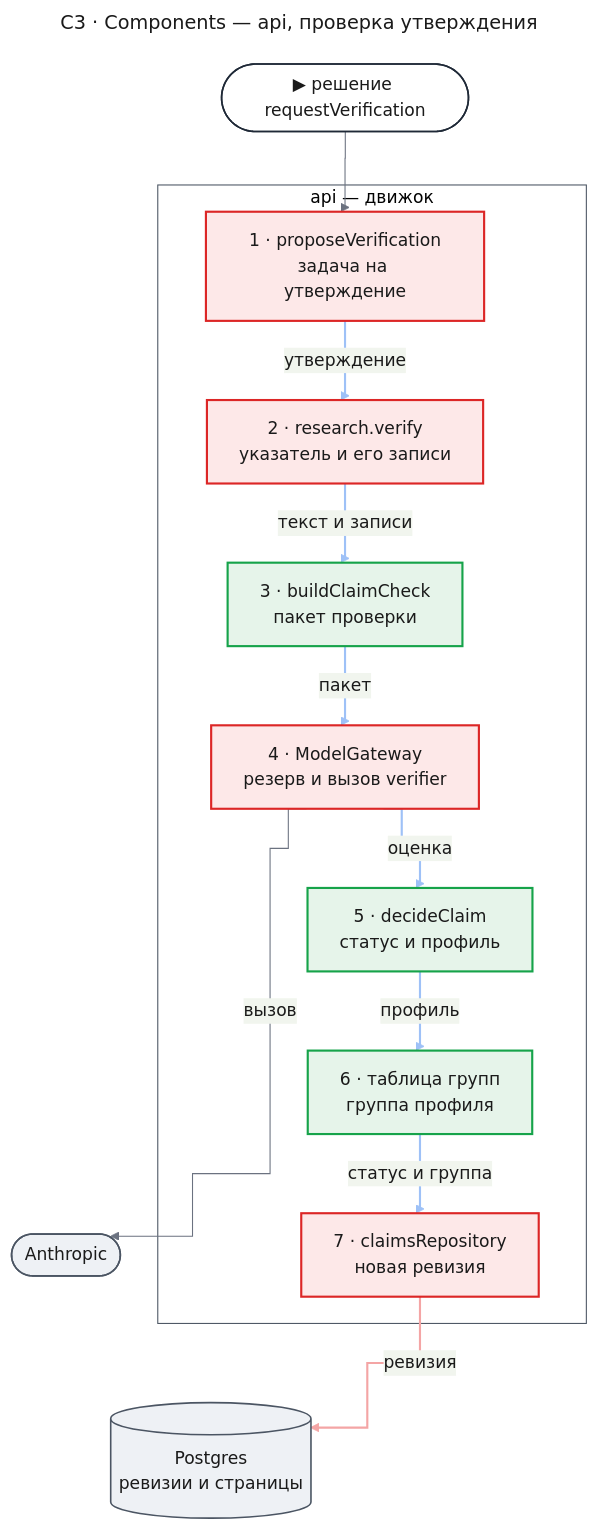
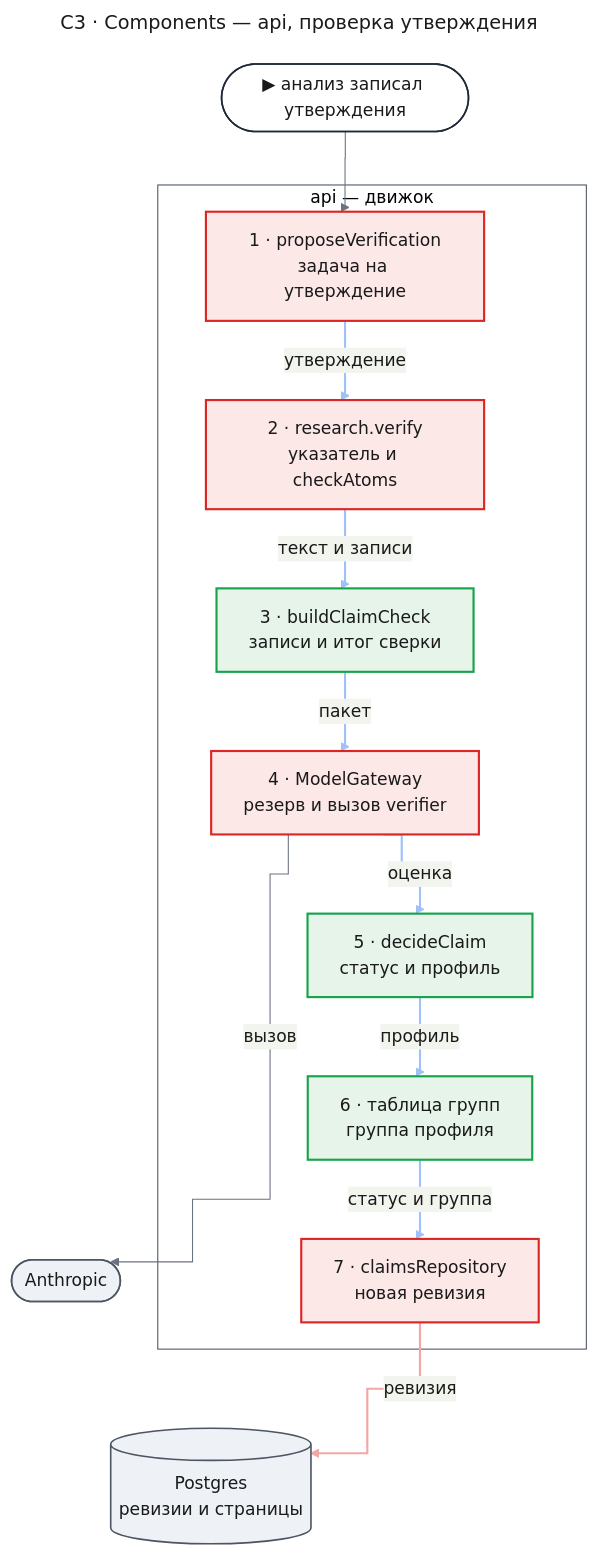
The fifth of 21 diagrams in docs/features/agent-quality/design-engine.md (tundraray/agent-os), drawn with Mermaid before and after one commit. The commit also changed other lines of this file and 7 other files, not shown here.

First line of the commit message:
docs: claim status from verifier answer, universal atoms (ADR-0008, engine 1.5.1)

````diff
--- a/docs/features/agent-quality/design-engine.md
+++ b/docs/features/agent-quality/design-engine.md
@@ -399,65 +449,65 @@
 ```mermaid
 ---
 title: "C3 · Components — api, проверка утверждения"
 config:
   theme: base
   look: classic
   themeVariables:
     primaryColor: "#eef1f5"
     primaryBorderColor: "#4b5563"
     primaryTextColor: "#1a1a1a"
     lineColor: "#6b7280"
   flowchart:
     curve: step
   themeCSS: |
     @keyframes litr_c3v{0%,12.8%{stroke:#1d4ed8;stroke-width:6px}14.3%,100%{stroke:#9ec1f7;stroke-width:2px}}
     @keyframes lit_c3v{0%,12.8%{stroke:#991b1b;stroke-width:6px}14.3%,100%{stroke:#f4a5a5;stroke-width:2px}}
 ---
 flowchart TB
-    entry(["▶ решение requestVerification"])
+    entry(["▶ анализ записал утверждения"])
     subgraph api["api — движок"]
         n1["1 · proposeVerification<br/>задача на утверждение"]
-        n2["2 · research.verify<br/>указатель и его записи"]
-        n3["3 · buildClaimCheck<br/>пакет проверки"]
+        n2["2 · research.verify<br/>указатель и checkAtoms"]
+        n3["3 · buildClaimCheck<br/>записи и итог сверки"]
         n4["4 · ModelGateway<br/>резерв и вызов verifier"]
         n5["5 · decideClaim<br/>статус и профиль"]
         n6["6 · таблица групп<br/>группа профиля"]
         n7["7 · claimsRepository<br/>новая ревизия"]
     end
     anth(["Anthropic"])
     db[("Postgres<br/>ревизии и страницы")]
     anth ~~~ db
     entry --> n1
     n1 e1@-->|"утверждение"| n2
     n2 e2@-->|"текст и записи"| n3
     n3 e3@-->|"пакет"| n4
     n4 e4@-->|"оценка"| n5
     n5 e5@-->|"профиль"| n6
     n6 e6@-->|"статус и группа"| n7
     n7 e7@-->|"ревизия"| db
     n4 -->|"вызов"| anth
     classDef entry fill:#ffffff,stroke:#1f2937,stroke-width:1.5px,color:#1a1a1a
     classDef changed fill:#fde8e8,stroke:#dc2626,stroke-width:2px,color:#1a1a1a
     classDef new fill:#e6f4ea,stroke:#16a34a,stroke-width:2px,color:#1a1a1a
     classDef unchanged fill:#eef1f5,stroke:#4b5563,stroke-width:1.5px,color:#1a1a1a
     classDef frame fill:none,stroke:#4b5563,stroke-width:1px
     classDef r1 stroke:#9ec1f7,stroke-width:2px,animation:litr_c3v 8.4s linear 0s infinite
     classDef r2 stroke:#9ec1f7,stroke-width:2px,animation:litr_c3v 8.4s linear 1.2s infinite
     classDef r3 stroke:#9ec1f7,stroke-width:2px,animation:litr_c3v 8.4s linear 2.4s infinite
     classDef r4 stroke:#9ec1f7,stroke-width:2px,animation:litr_c3v 8.4s linear 3.6s infinite
     classDef r5 stroke:#9ec1f7,stroke-width:2px,animation:litr_c3v 8.4s linear 4.8s infinite
     classDef r6 stroke:#9ec1f7,stroke-width:2px,animation:litr_c3v 8.4s linear 6s infinite
     classDef w7 stroke:#f4a5a5,stroke-width:2px,animation:lit_c3v 8.4s linear 7.2s infinite
     class entry entry
     class n1,n2,n4,n7 changed
     class n3,n5,n6 new
     class anth,db unchanged
     class api frame
     class e1 r1
     class e2 r2
     class e3 r3
     class e4 r4
     class e5 r5
     class e6 r6
     class e7 w7
 ```
````
